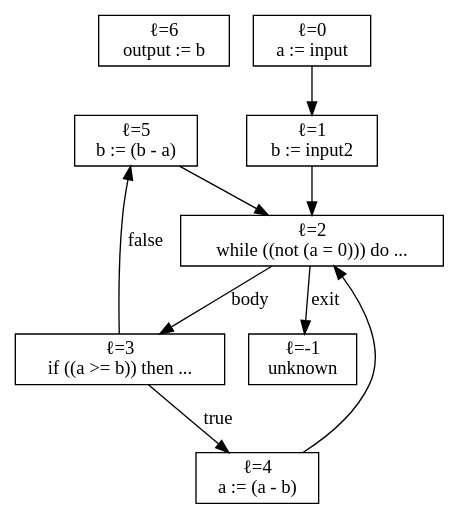
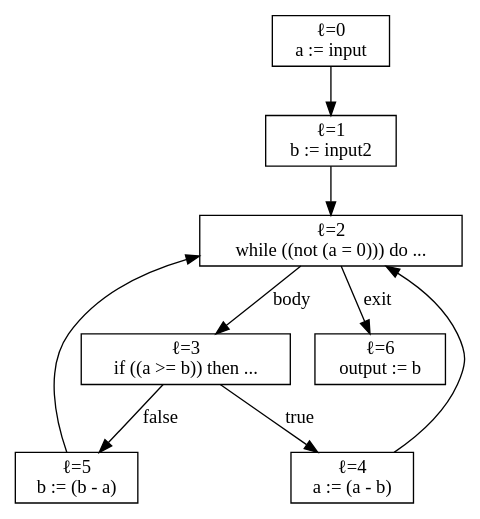
The diagram in project2/dotfiles/cfg.dot (CatchSyntaxTerror/Terminators), drawn with Graphviz before and after one commit. The commit also changed 8 other files, not shown here.

```diff
--- a/project2/dotfiles/cfg.dot
+++ b/project2/dotfiles/cfg.dot
@@ -1,19 +1,18 @@
 digraph CFG {
   node [shape=box];
   6 [label="ℓ=6\noutput := b"];
   5 [label="ℓ=5\nb := (b - a)"];
   4 [label="ℓ=4\na := (a - b)"];
   3 [label="ℓ=3\nif ((a >= b)) then ..."];
-  -1 [label="ℓ=-1\nunknown"];
   2 [label="ℓ=2\nwhile ((not (a = 0))) do ..."];
   1 [label="ℓ=1\nb := input2"];
   0 [label="ℓ=0\na := input"];
   5 -> 2;
   4 -> 2;
   3 -> 4 [label="true"];
   3 -> 5 [label="false"];
   2 -> 3 [label="body"];
-  2 -> -1 [label="exit"];
+  2 -> 6 [label="exit"];
   1 -> 2;
   0 -> 1;
 }
```
